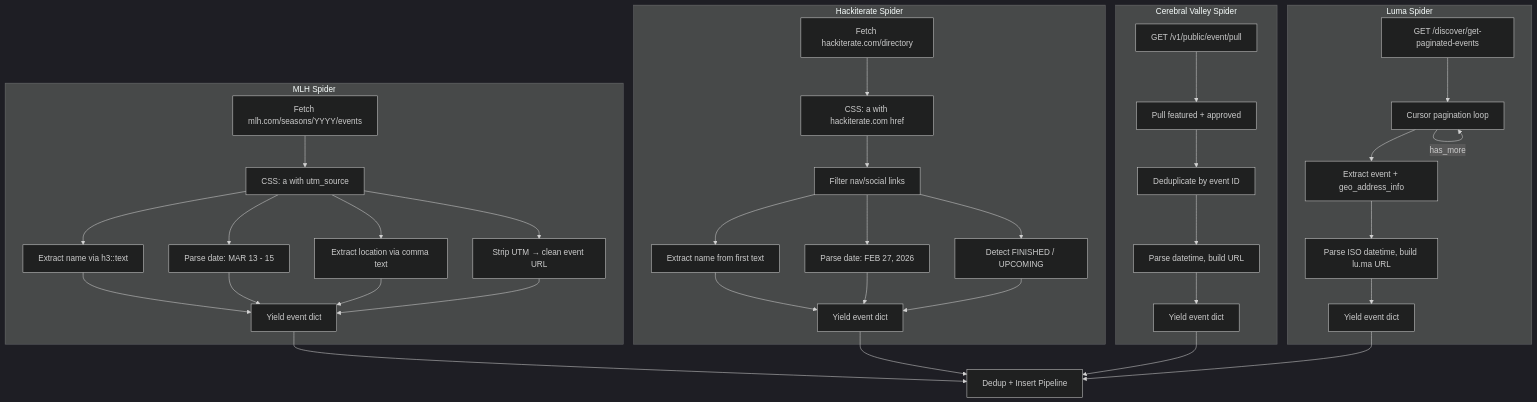
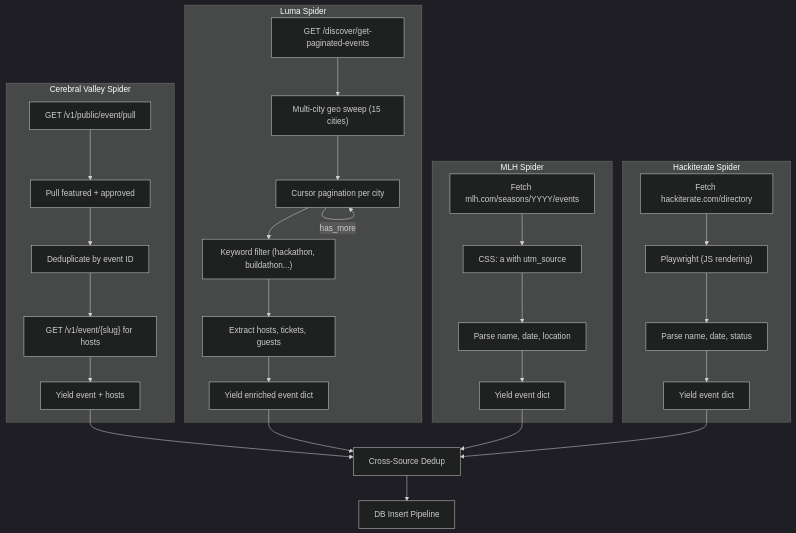
Before and after one commit to undeemed/ratemyhackathons: the third of 3 diagrams in services/crawler/README.md, drawn with Mermaid (dark theme). The commit also changed other lines of this file and 51 other files, not shown here.

````diff
--- a/services/crawler/README.md
+++ b/services/crawler/README.md
@@ -81,37 +99,33 @@
 ```mermaid
 flowchart TB
+    subgraph CVSpider["Cerebral Valley Spider"]
+        C1["GET /v1/public/event/pull"] --> C2["Pull featured + approved"]
+        C2 --> C3["Deduplicate by event ID"]
+        C3 --> C4["GET /v1/event/{slug} for hosts"]
+        C4 --> C5["Yield event + hosts"]
+    end
+
+    subgraph LumaSpider["Luma Spider"]
+        L1["GET /discover/get-paginated-events"] --> L0["Multi-city geo sweep (15 cities)"]
+        L0 --> L2["Cursor pagination per city"]
+        L2 --> L3["Keyword filter (hackathon, buildathon...)"]
+        L3 --> L4["Extract hosts, tickets, guests"]
+        L4 --> L5["Yield enriched event dict"]
+        L2 -->|has_more| L2
+    end
+
     subgraph MLHSpider["MLH Spider"]
         M1["Fetch mlh.com/seasons/YYYY/events"] --> M2["CSS: a with utm_source"]
-        M2 --> M3["Extract name via h3::text"]
-        M2 --> M4["Parse date: MAR 13 - 15"]
-        M2 --> M5["Extract location via comma text"]
-        M2 --> M6["Strip UTM → clean event URL"]
-        M3 & M4 & M5 & M6 --> M7["Yield event dict"]
+        M2 --> M3["Parse name, date, location"]
+        M3 --> M7["Yield event dict"]
     end
 
     subgraph HackiterateSpider["Hackiterate Spider"]
-        H1["Fetch hackiterate.com/directory"] --> H2["CSS: a with hackiterate.com href"]
-        H2 --> H3["Filter nav/social links"]
-        H3 --> H4["Extract name from first text"]
-        H3 --> H5["Parse date: FEB 27, 2026"]
-        H3 --> H6["Detect FINISHED / UPCOMING"]
-        H4 & H5 & H6 --> H7["Yield event dict"]
+        H1["Fetch hackiterate.com/directory"] --> H2["Playwright (JS rendering)"]
+        H2 --> H3["Parse name, date, status"]
+        H3 --> H7["Yield event dict"]
     end
 
-    subgraph CVSpider["Cerebral Valley Spider"]
-        C1["GET /v1/public/event/pull"] --> C2["Pull featured + approved"]
-        C2 --> C3["Deduplicate by event ID"]
-        C3 --> C4["Parse datetime, build URL"]
-        C4 --> C5["Yield event dict"]
-    end
-
-    subgraph LumaSpider["Luma Spider"]
-        L1["GET /discover/get-paginated-events"] --> L2["Cursor pagination loop"]
-        L2 --> L3["Extract event + geo_address_info"]
-        L3 --> L4["Parse ISO datetime, build lu.ma URL"]
-        L4 --> L5["Yield event dict"]
-        L2 -->|has_more| L2
-    end
-
-    M7 & H7 & C5 & L5 --> Pipeline["Dedup + Insert Pipeline"]
+    C5 & L5 & M7 & H7 --> Dedup["Cross-Source Dedup"]
+    Dedup --> Pipeline["DB Insert Pipeline"]
 ```
````
